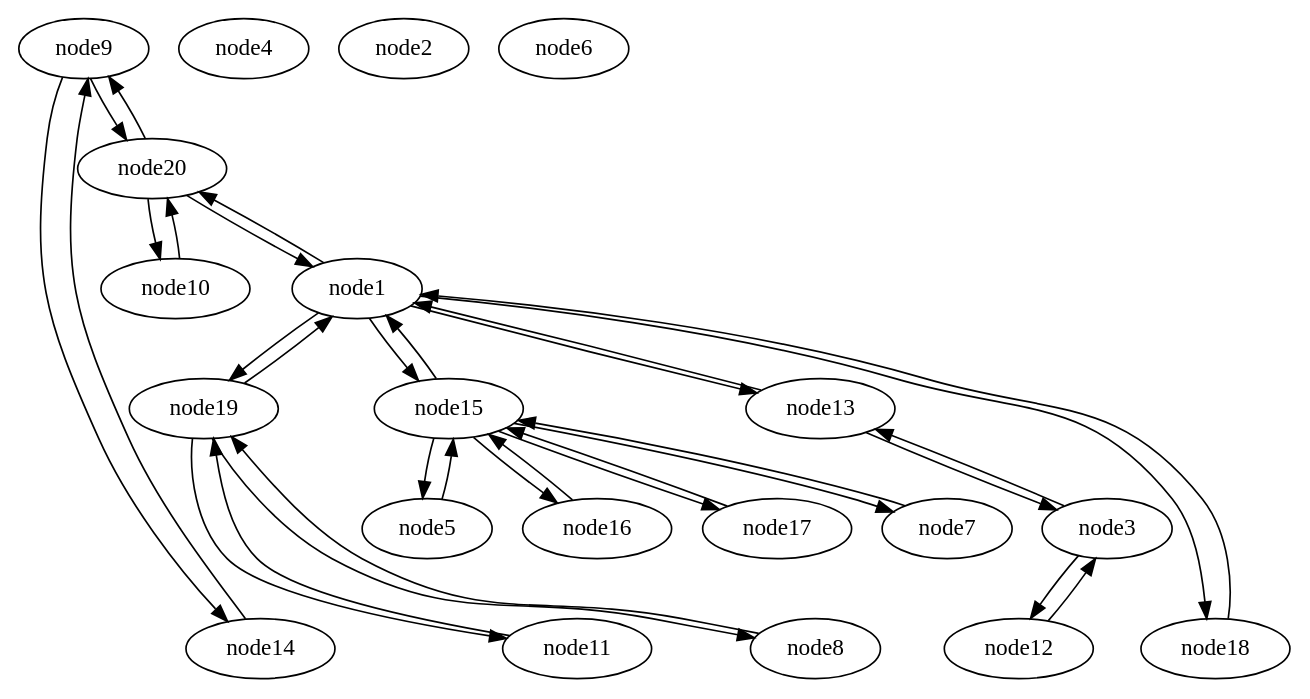
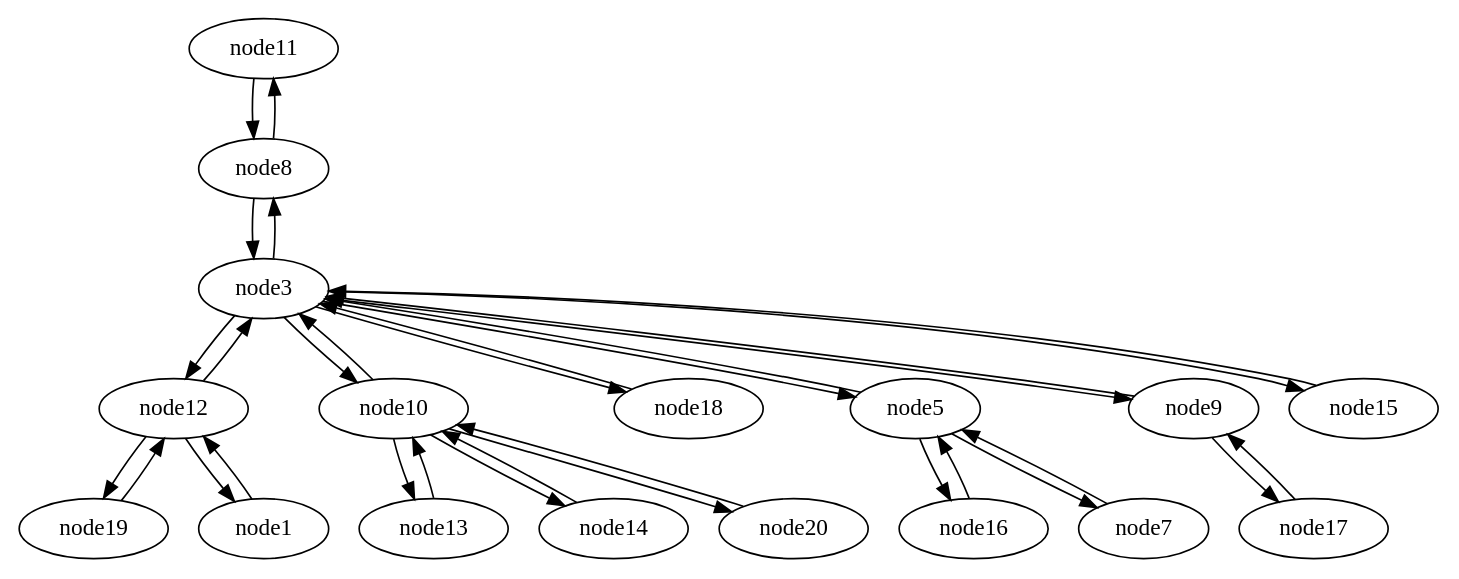
One commit to c12s/plumtree changed the diagram in graphs/tree_t2_after.gv. Above: the diagram before and after it, drawn with Graphviz. The commit also changed 14 other files, not shown here.

```diff
--- a/graphs/tree_t2_after.gv
+++ b/graphs/tree_t2_after.gv
@@ -1,108 +1,102 @@
 strict digraph {
 
 
-	"node9" [  weight=0 ];
+	"node11" [  weight=0 ];
 
-	"node9" -> "node14" [  weight=0 ];
+	"node11" -> "node8" [  weight=0 ];
 
-	"node9" -> "node20" [  weight=0 ];
+	"node12" [  weight=0 ];
+
+	"node12" -> "node19" [  weight=0 ];
+
+	"node12" -> "node1" [  weight=0 ];
+
+	"node12" -> "node3" [  weight=0 ];
+
+	"node13" [  weight=0 ];
+
+	"node13" -> "node10" [  weight=0 ];
 
 	"node14" [  weight=0 ];
 
-	"node14" -> "node9" [  weight=0 ];
+	"node14" -> "node10" [  weight=0 ];
 
 	"node10" [  weight=0 ];
 
 	"node10" -> "node20" [  weight=0 ];
 
-	"node12" [  weight=0 ];
+	"node10" -> "node3" [  weight=0 ];
 
-	"node12" -> "node3" [  weight=0 ];
+	"node10" -> "node13" [  weight=0 ];
+
+	"node10" -> "node14" [  weight=0 ];
+
+	"node3" [  weight=0 ];
+
+	"node3" -> "node18" [  weight=0 ];
+
+	"node3" -> "node5" [  weight=0 ];
+
+	"node3" -> "node8" [  weight=0 ];
+
+	"node3" -> "node9" [  weight=0 ];
+
+	"node3" -> "node10" [  weight=0 ];
+
+	"node3" -> "node12" [  weight=0 ];
+
+	"node3" -> "node15" [  weight=0 ];
+
+	"node15" [  weight=0 ];
+
+	"node15" -> "node3" [  weight=0 ];
 
 	"node19" [  weight=0 ];
 
-	"node19" -> "node11" [  weight=0 ];
+	"node19" -> "node12" [  weight=0 ];
 
-	"node19" -> "node1" [  weight=0 ];
+	"node17" [  weight=0 ];
 
-	"node19" -> "node8" [  weight=0 ];
+	"node17" -> "node9" [  weight=0 ];
+
+	"node18" [  weight=0 ];
+
+	"node18" -> "node3" [  weight=0 ];
+
+	"node16" [  weight=0 ];
+
+	"node16" -> "node5" [  weight=0 ];
+
+	"node1" [  weight=0 ];
+
+	"node1" -> "node12" [  weight=0 ];
+
+	"node20" [  weight=0 ];
+
+	"node20" -> "node10" [  weight=0 ];
+
+	"node5" [  weight=0 ];
+
+	"node5" -> "node3" [  weight=0 ];
+
+	"node5" -> "node7" [  weight=0 ];
+
+	"node5" -> "node16" [  weight=0 ];
 
 	"node8" [  weight=0 ];
 
-	"node8" -> "node19" [  weight=0 ];
+	"node8" -> "node11" [  weight=0 ];
 
-	"node5" [  weight=0 ];
-
-	"node5" -> "node15" [  weight=0 ];
-
-	"node16" [  weight=0 ];
-
-	"node16" -> "node15" [  weight=0 ];
-
-	"node17" [  weight=0 ];
-
-	"node17" -> "node15" [  weight=0 ];
-
-	"node4" [  weight=0 ];
-
-	"node20" [  weight=0 ];
-
-	"node20" -> "node1" [  weight=0 ];
-
-	"node20" -> "node9" [  weight=0 ];
-
-	"node20" -> "node10" [  weight=0 ];
-
-	"node2" [  weight=0 ];
-
-	"node3" [  weight=0 ];
-
-	"node3" -> "node12" [  weight=0 ];
-
-	"node3" -> "node13" [  weight=0 ];
-
-	"node11" [  weight=0 ];
-
-	"node11" -> "node19" [  weight=0 ];
+	"node8" -> "node3" [  weight=0 ];
 
 	"node7" [  weight=0 ];
 
-	"node7" -> "node15" [  weight=0 ];
+	"node7" -> "node5" [  weight=0 ];
 
-	"node18" [  weight=0 ];
+	"node9" [  weight=0 ];
 
-	"node18" -> "node1" [  weight=0 ];
+	"node9" -> "node3" [  weight=0 ];
 
-	"node13" [  weight=0 ];
-
-	"node13" -> "node1" [  weight=0 ];
-
-	"node13" -> "node3" [  weight=0 ];
-
-	"node15" [  weight=0 ];
-
-	"node15" -> "node7" [  weight=0 ];
-
-	"node15" -> "node16" [  weight=0 ];
-
-	"node15" -> "node17" [  weight=0 ];
-
-	"node15" -> "node1" [  weight=0 ];
-
-	"node15" -> "node5" [  weight=0 ];
-
-	"node1" [  weight=0 ];
-
-	"node1" -> "node15" [  weight=0 ];
-
-	"node1" -> "node18" [  weight=0 ];
-
-	"node1" -> "node19" [  weight=0 ];
-
-	"node1" -> "node20" [  weight=0 ];
-
-	"node1" -> "node13" [  weight=0 ];
-
-	"node6" [  weight=0 ];
+	"node9" -> "node17" [  weight=0 ];
 
 }
```
